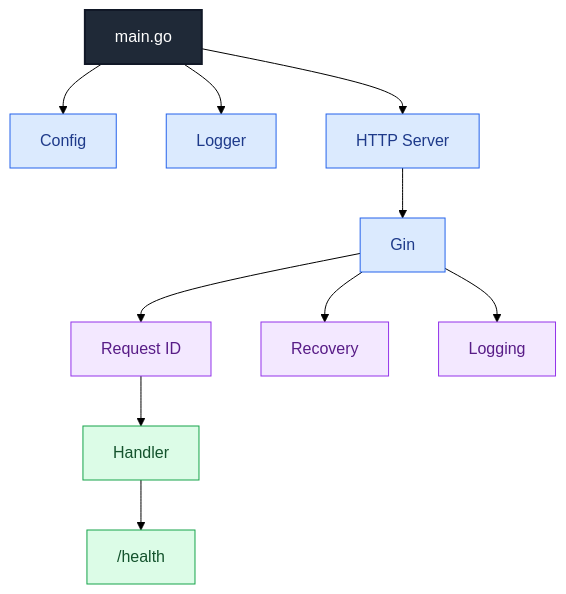
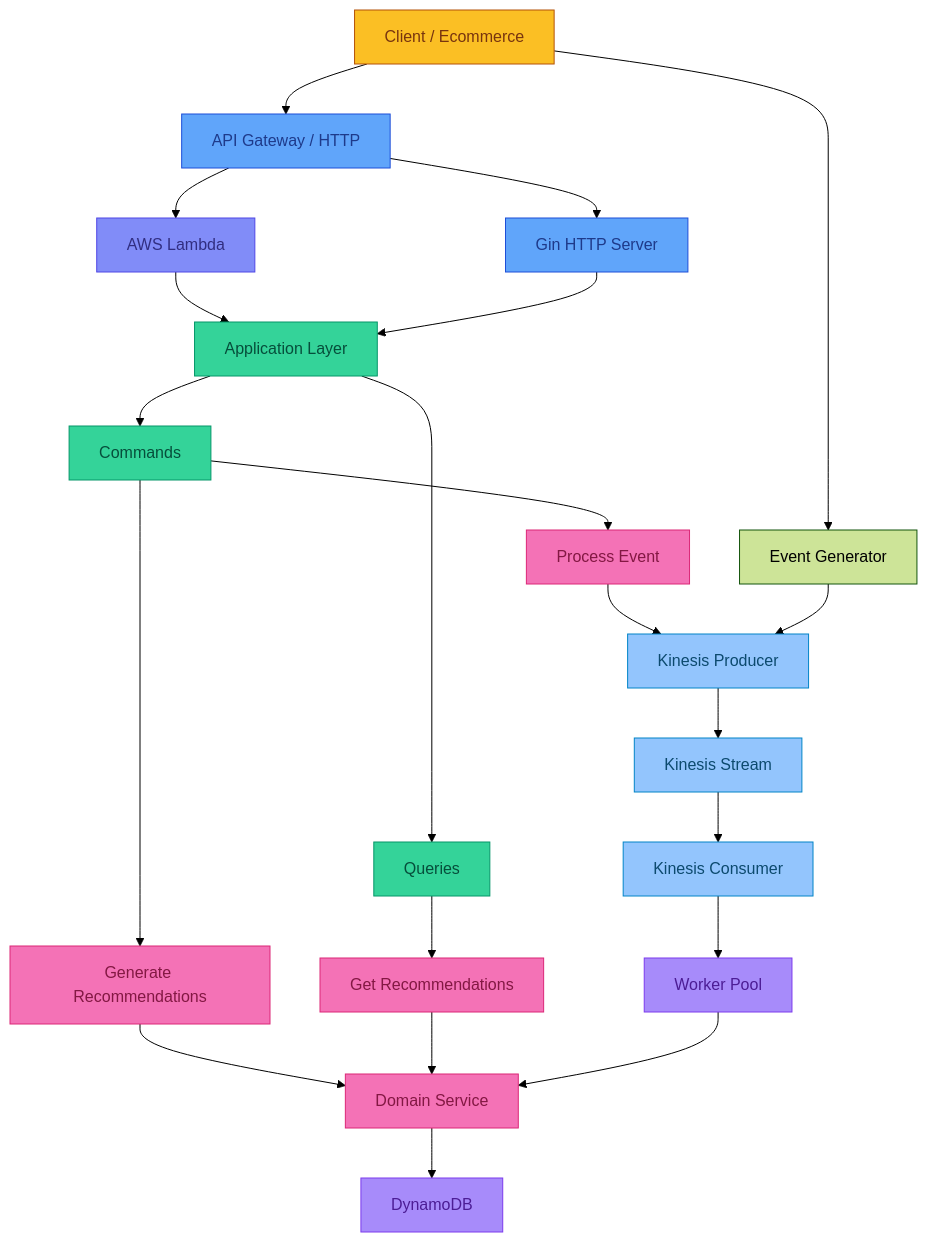
One commit to ivanbatistao/recommendations-service changed the diagram in docs/11-app-flow.md. Above: the diagram before and after it, drawn with Mermaid (forest theme). The commit also changed other lines of this file and 11 other files, not shown here.

````diff
--- a/docs/11-app-flow.md
+++ b/docs/11-app-flow.md
@@ -1,27 +1,50 @@
 ```mermaid
 flowchart TD
-    MAIN["main.go"]
-
-    MAIN --> CONFIG["Config"]
-    MAIN --> LOGGER["Logger"]
-    MAIN --> HTTP_SERVER["HTTP Server"]
-
-    HTTP_SERVER --> GIN["Gin"]
-
-    GIN --> REQUEST_ID["Request ID"]
-    GIN --> RECOVERY["Recovery"]
-    GIN --> LOGGING["Logging"]
-
-    REQUEST_ID --> HANDLER["Handler"]
-    HANDLER --> HEALTH["/health"]
-
-    classDef main fill:#1f2937,stroke:#111827,color:#fff,stroke-width:2px
-    classDef infrastructure fill:#dbeafe,stroke:#2563eb,color:#1e3a8a
-    classDef middleware fill:#f3e8ff,stroke:#9333ea,color:#581c87
-    classDef endpoint fill:#dcfce7,stroke:#16a34a,color:#14532d
-
-    class MAIN main
-    class CONFIG,LOGGER,HTTP_SERVER,GIN infrastructure
-    class REQUEST_ID,RECOVERY,LOGGING middleware
-    class HANDLER,HEALTH endpoint
+    CLIENT["Client / Ecommerce"]
+    
+    CLIENT --> API["API Gateway / HTTP"]
+    CLIENT --> EVENT_GEN["Event Generator"]
+    
+    API --> LAMBDA["AWS Lambda"]
+    API --> GIN["Gin HTTP Server"]
+    
+    LAMBDA --> APP["Application Layer"]
+    GIN --> APP
+    
+    APP --> COMMANDS["Commands"]
+    APP --> QUERIES["Queries"]
+    
+    COMMANDS --> PROCESS_EVENT["Process Event"]
+    COMMANDS --> GEN_REC["Generate Recommendations"]
+    QUERIES --> GET_REC["Get Recommendations"]
+    
+    PROCESS_EVENT --> KINESIS_PROD["Kinesis Producer"]
+    GEN_REC --> DOMAIN["Domain Service"]
+    GET_REC --> DOMAIN
+    
+    KINESIS_PROD --> KINESIS["Kinesis Stream"]
+    
+    KINESIS --> KINESIS_CONS["Kinesis Consumer"]
+    KINESIS_CONS --> WORKER_POOL["Worker Pool"]
+    
+    WORKER_POOL --> DOMAIN
+    DOMAIN --> DYNAMODB["DynamoDB"]
+    
+    EVENT_GEN --> KINESIS_PROD
+    
+    classDef client fill:#fbbf24,stroke:#b45309,color:#78350f
+    classDef api fill:#60a5fa,stroke:#1d4ed8,color:#1e3a8a
+    classDef lambda fill:#818cf8,stroke:#4f46e5,color:#312e81
+    classDef app fill:#34d399,stroke:#059669,color:#064e3b
+    classDef domain fill:#f472b6,stroke:#db2777,color:#831843
+    classDef infrastructure fill:#93c5fd,stroke:#0284c7,color:#0c4a6e
+    classDef streaming fill:#a78bfa,stroke:#7c3aed,color:#4c1d95
+    
+    class CLIENT client
+    class API,GIN api
+    class LAMBDA lambda
+    class APP,COMMANDS,QUERIES app
+    class DOMAIN,PROCESS_EVENT,GEN_REC,GET_REC domain
+    class KINESIS_PROD,KINESIS_CONS,KINESIS infrastructure
+    class WORKER_POOL,DYNAMODB streaming
 ```
````
